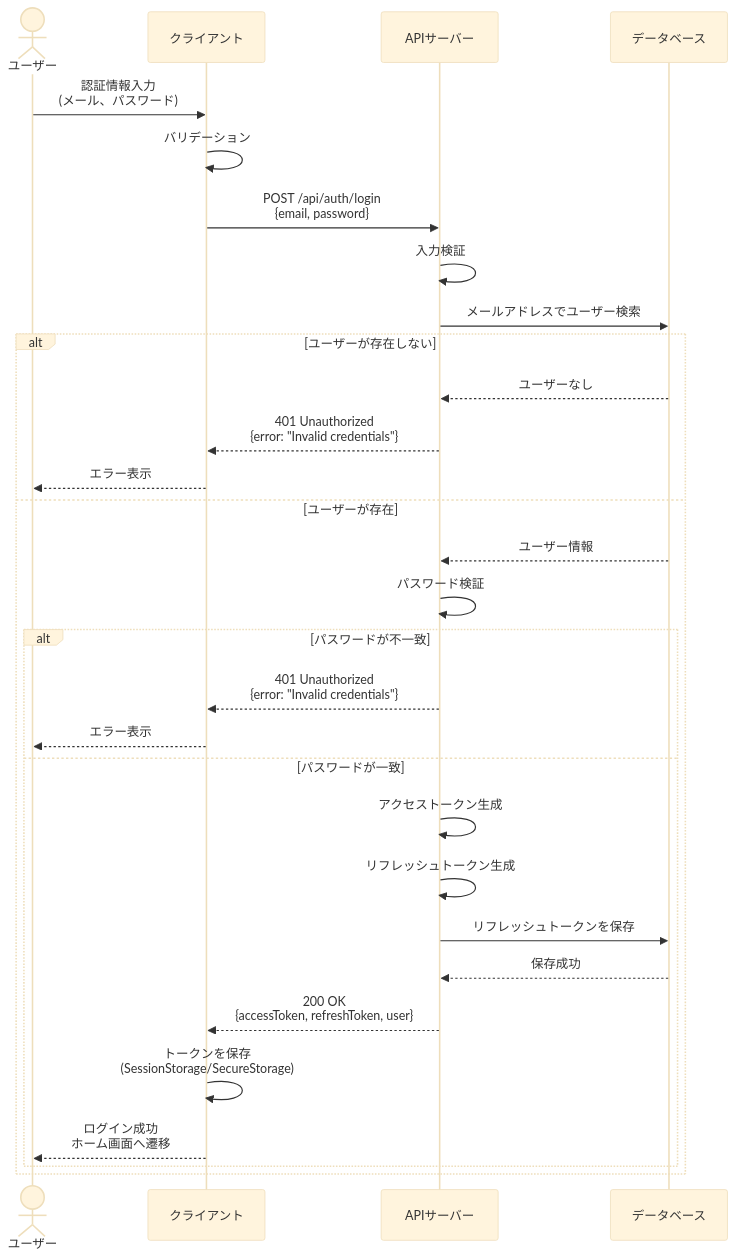
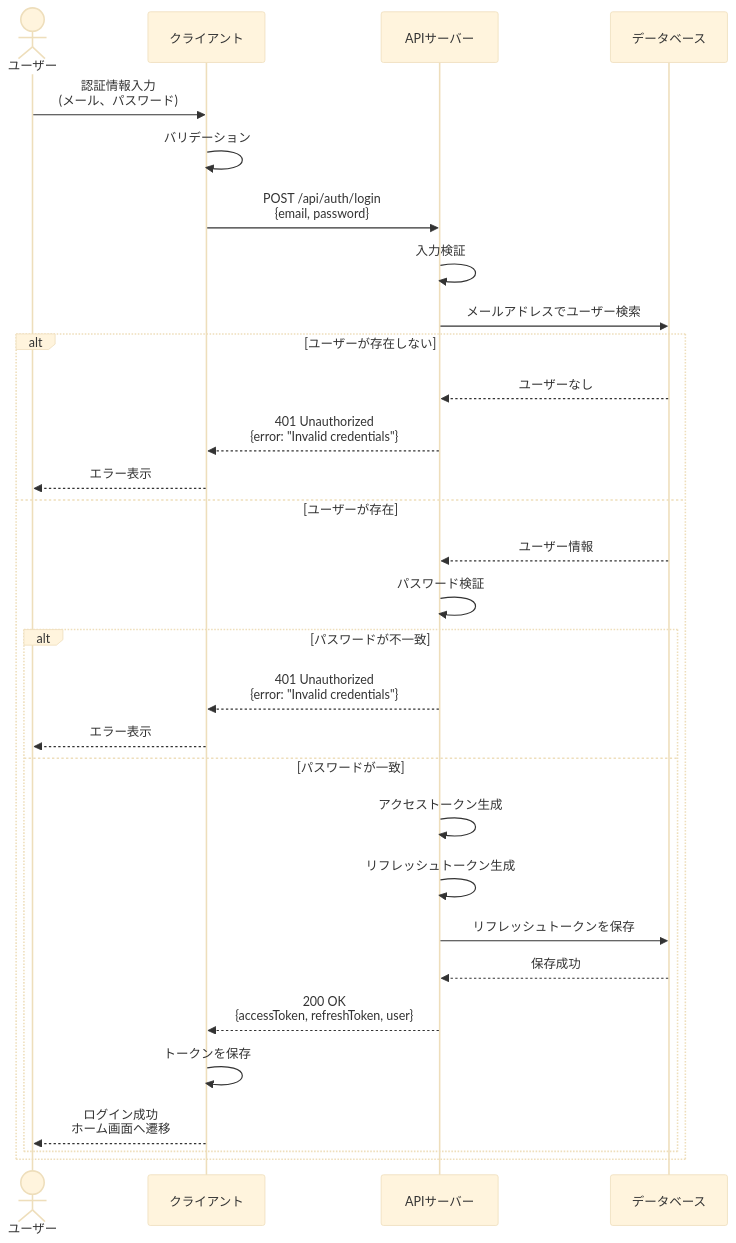
The second of 4 diagrams in docs/認証フロー.md (dskhys0222/dskhys), drawn with Mermaid (base theme) before and after one commit. The commit also changed other lines of this file, not shown here.

Commit message:
認証フローのドキュメントを更新し、トークンの保存方法やセキュリティ考慮事項を明確化しました。また、表記の統一を図りました。

````diff
--- a/docs/認証フロー.md
+++ b/docs/認証フロー.md
@@ -51,36 +51,36 @@
 ```mermaid
 sequenceDiagram
     actor User as ユーザー
     participant Client as クライアント
     participant API as APIサーバー
     participant DB as データベース
 
     User->>Client: 認証情報入力<br/>(メール、パスワード)
     Client->>Client: バリデーション
     Client->>API: POST /api/auth/login<br/>{email, password}
-    
+
     API->>API: 入力検証
     API->>DB: メールアドレスでユーザー検索
-    
+
     alt ユーザーが存在しない
         DB-->>API: ユーザーなし
         API-->>Client: 401 Unauthorized<br/>{error: "Invalid credentials"}
         Client-->>User: エラー表示
     else ユーザーが存在
         DB-->>API: ユーザー情報
         API->>API: パスワード検証
-        
+
         alt パスワードが不一致
             API-->>Client: 401 Unauthorized<br/>{error: "Invalid credentials"}
             Client-->>User: エラー表示
         else パスワードが一致
             API->>API: アクセストークン生成
             API->>API: リフレッシュトークン生成
             API->>DB: リフレッシュトークンを保存
             DB-->>API: 保存成功
             API-->>Client: 200 OK<br/>{accessToken, refreshToken, user}
-            Client->>Client: トークンを保存<br/>(SessionStorage/SecureStorage)
+            Client->>Client: トークンを保存
             Client-->>User: ログイン成功<br/>ホーム画面へ遷移
         end
     end
 ```
````
